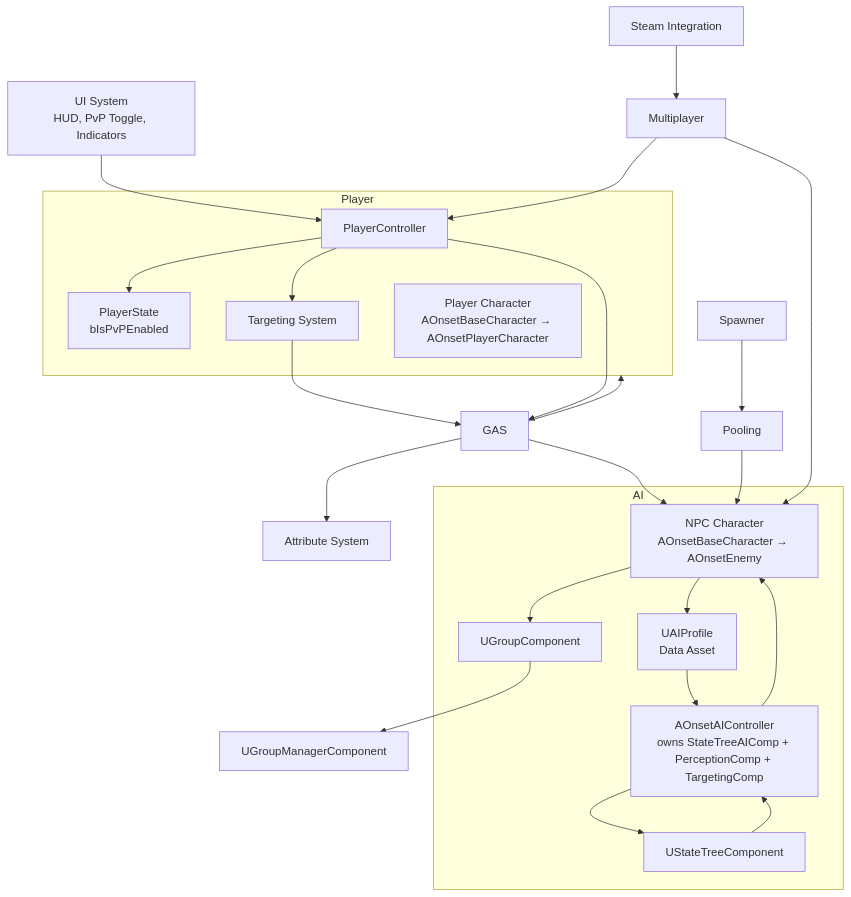
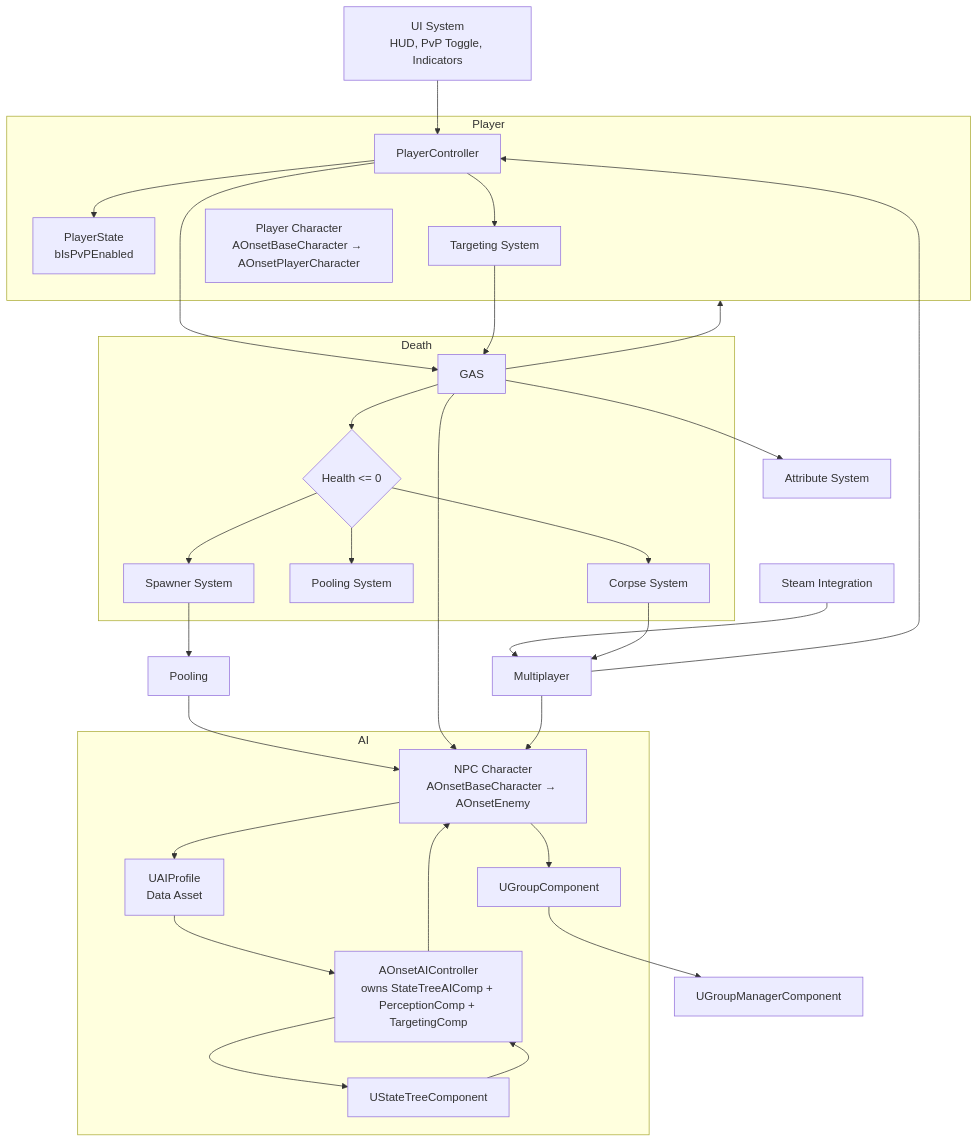
The diagram in Docs/Architecture/Architecture Overview.md (maximoh-mmo/PortfolioTutorial), drawn with Mermaid before and after one commit. The commit also changed other lines of this file and 11 other files, not shown here.

````diff
--- a/Docs/Architecture/Architecture Overview.md
+++ b/Docs/Architecture/Architecture Overview.md
@@ -26,43 +26,51 @@
 ```mermaid
 flowchart TD
     UI[UI System<br/>HUD, PvP Toggle, Indicators] --> PC[PlayerController]
     PC --> PS[PlayerState<br/>bIsPvPEnabled]
     PC --> Targeting[Targeting System]
     PC --> GAS
 
     Targeting --> GAS
     GAS --> Attributes[Attribute System]
 
     subgraph Player
         PC
         PS
         Targeting
         PlayerChar[Player Character<br/>AOnsetBaseCharacter → AOnsetPlayerCharacter]
     end
 
     subgraph AI
         NPC[NPC Character<br/>AOnsetBaseCharacter → AOnsetEnemy]
         AIC[AOnsetAIController<br/>owns StateTreeAIComp + PerceptionComp + TargetingComp]
         STC[UStateTreeComponent]
         Profile[UAIProfile<br/>Data Asset]
         GComp[UGroupComponent]
     end
 
     Spawner --> Pooling
     Pooling --> NPC
     NPC --> GComp
     NPC --> Profile
     GComp --> GManager[UGroupManagerComponent]
 
     Profile --> AIC
     AIC --> STC
     STC --> AIC
     AIC --> NPC
 
     GAS --> NPC
     GAS --> Player
 
+    subgraph Death
+        GAS --> DeathFork{Health <= 0}
+        DeathFork --> Pool[Pooling System]
+        DeathFork --> Corpse[Corpse System]
+        DeathFork --> Spawner[Spawner System]
+    end
+
     Steam[Steam Integration] --> Multiplayer
     Multiplayer --> PC
     Multiplayer --> NPC
+    Corpse --> Multiplayer
 ```
````
